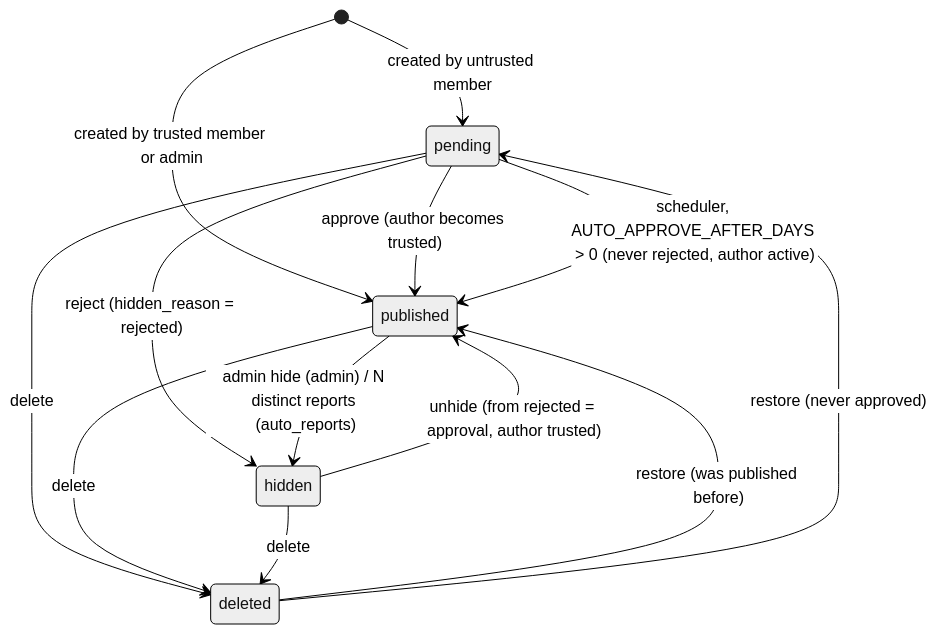
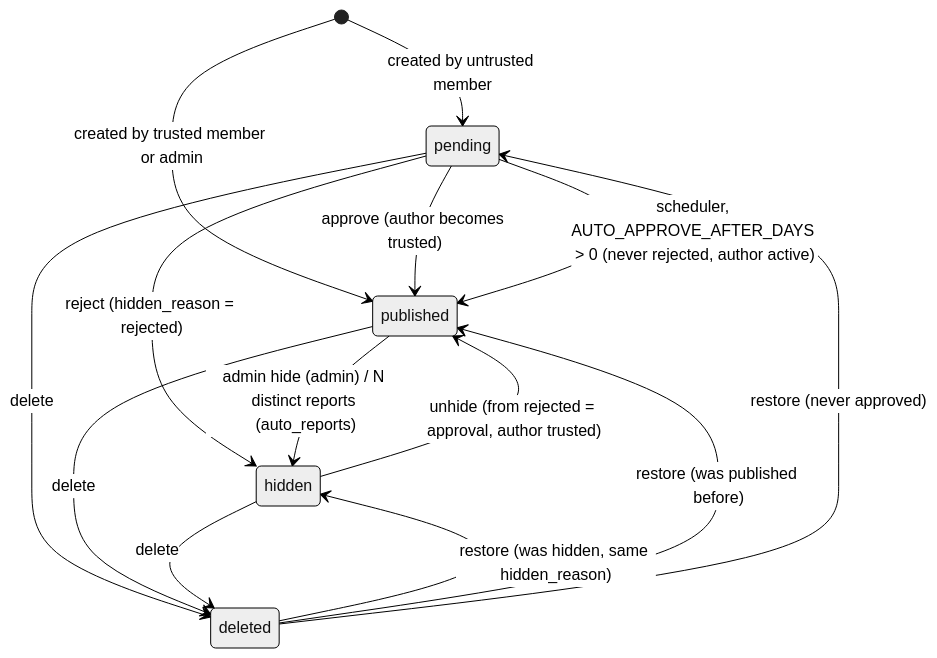
The first of 2 diagrams in docs/architecture.md (firvain/URBANFLOODS-Cooperation-Platform), drawn with Mermaid (neutral theme) before and after one commit. The commit also changed other lines of this file and 35 other files, not shown here.

First line of the commit message:
fix(moderation): restore keeps hidden content hidden, report and queue edge cases (7j)

````diff
--- a/docs/architecture.md
+++ b/docs/architecture.md
@@ -114,15 +114,16 @@
 ```mermaid
 stateDiagram-v2
     [*] --> pending: created by untrusted member
     [*] --> published: created by trusted member or admin
     pending --> published: approve (author becomes trusted)
     pending --> hidden: reject (hidden_reason = rejected)
     published --> hidden: admin hide (admin) / N distinct reports (auto_reports)
     hidden --> published: unhide (from rejected = approval, author trusted)
     pending --> deleted: delete
     published --> deleted: delete
     hidden --> deleted: delete
+    deleted --> hidden: restore (was hidden, same hidden_reason)
     deleted --> published: restore (was published before)
     deleted --> pending: restore (never approved)
     pending --> published: scheduler, AUTO_APPROVE_AFTER_DAYS > 0 (never rejected, author active)
 ```
````
